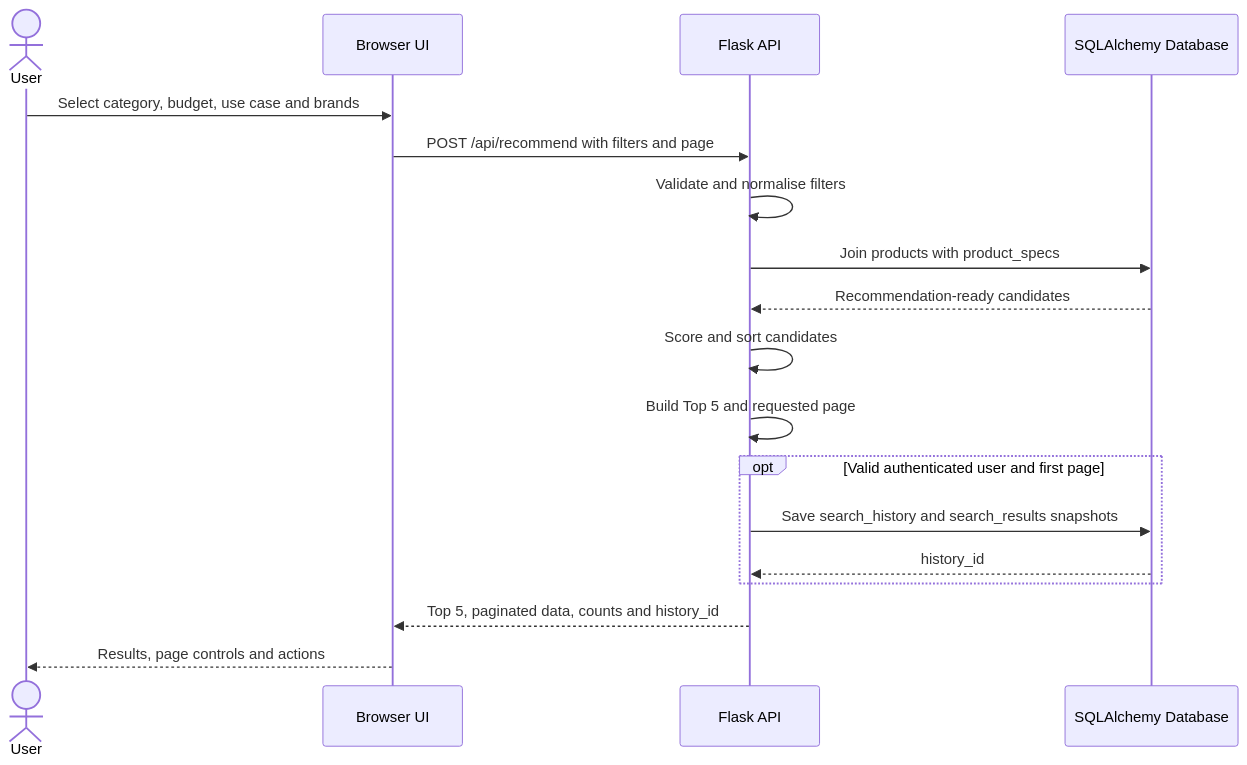
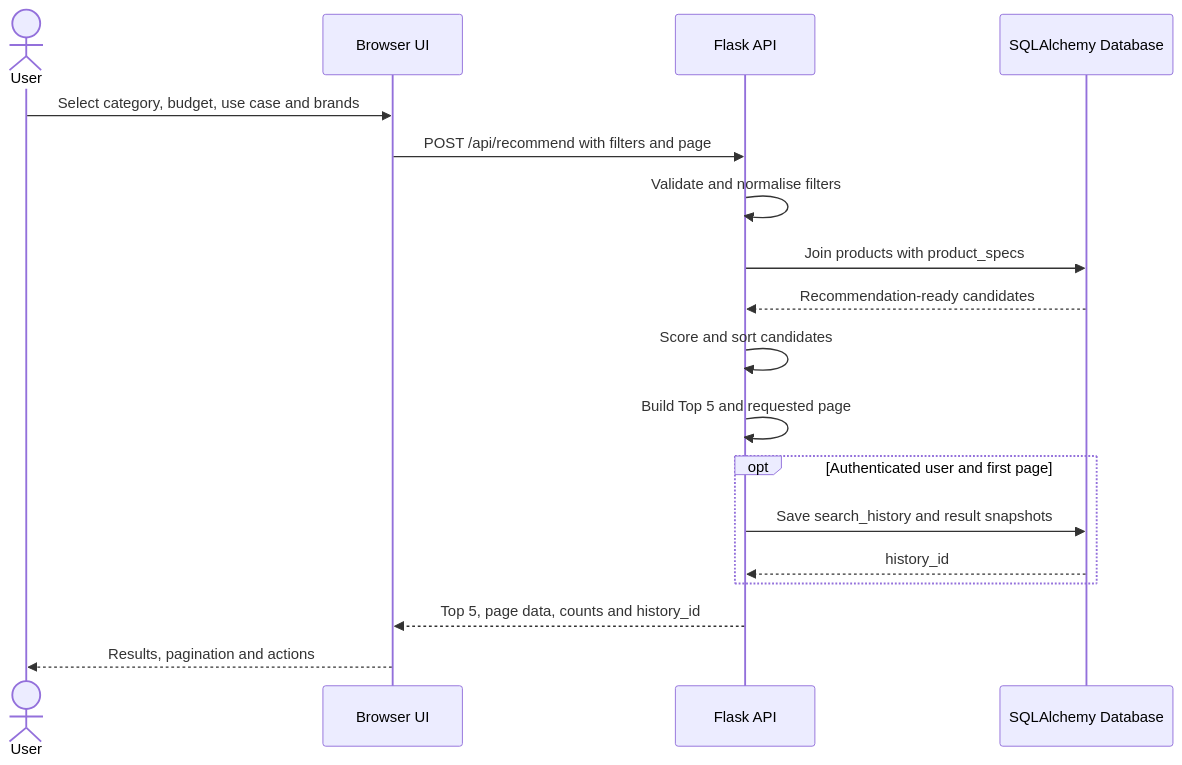
One commit to Chu-Junjie/CP3407-PROJECT changed the third of 6 diagrams in docs/v3-design-and-architecture.md. Above: the diagram before and after it, drawn with Mermaid. The commit also changed other lines of this file, not shown here.

````diff
--- a/docs/v3-design-and-architecture.md
+++ b/docs/v3-design-and-architecture.md
@@ -185,21 +180,21 @@
 ```mermaid
 sequenceDiagram
     actor User
     participant UI as Browser UI
     participant API as Flask API
     participant DB as SQLAlchemy Database
 
     User->>UI: Select category, budget, use case and brands
     UI->>API: POST /api/recommend with filters and page
     API->>API: Validate and normalise filters
     API->>DB: Join products with product_specs
     DB-->>API: Recommendation-ready candidates
     API->>API: Score and sort candidates
     API->>API: Build Top 5 and requested page
-    opt Valid authenticated user and first page
-        API->>DB: Save search_history and search_results snapshots
+    opt Authenticated user and first page
+        API->>DB: Save search_history and result snapshots
         DB-->>API: history_id
     end
-    API-->>UI: Top 5, paginated data, counts and history_id
-    UI-->>User: Results, page controls and actions
+    API-->>UI: Top 5, page data, counts and history_id
+    UI-->>User: Results, pagination and actions
 ```
````
